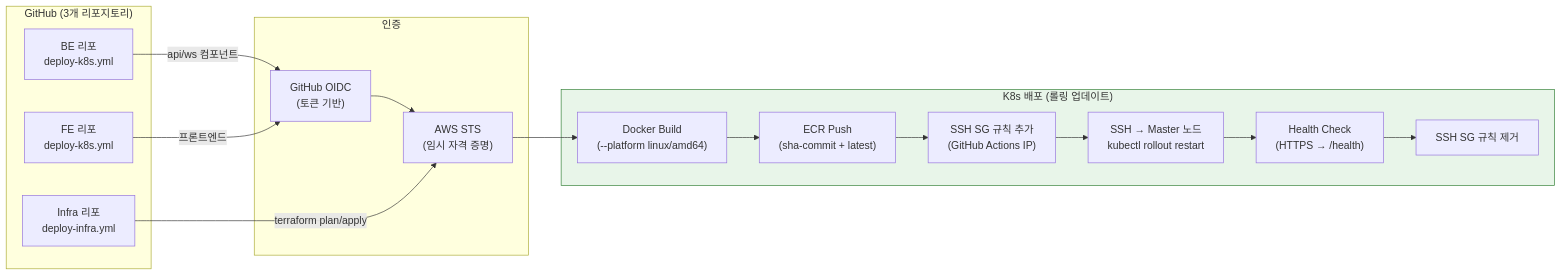
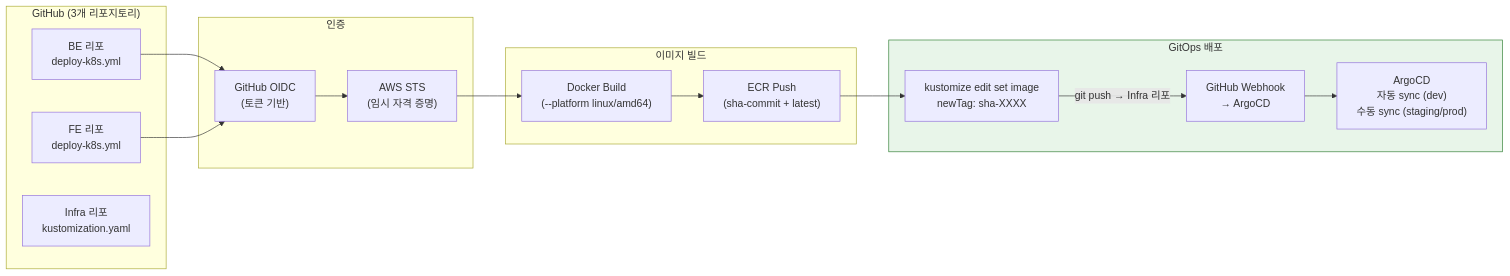
The fifth of 18 diagrams in report.md (revenantonthemission/2-cho-community-be), drawn with Mermaid before and after one commit. The commit also changed other lines of this file, not shown here.

First line of the commit message:
docs: report.md ArgoCD GitOps 반영

````diff
--- a/report.md
+++ b/report.md
@@ -301,36 +309,35 @@
 ```mermaid
 flowchart LR
     subgraph GitHub["GitHub (3개 리포지토리)"]
         BE["BE 리포<br/>deploy-k8s.yml"]
         FE["FE 리포<br/>deploy-k8s.yml"]
-        Infra["Infra 리포<br/>deploy-infra.yml"]
+        Infra["Infra 리포<br/>kustomization.yaml"]
     end
 
     subgraph Auth["인증"]
         OIDC["GitHub OIDC<br/>(토큰 기반)"]
         STS["AWS STS<br/>(임시 자격 증명)"]
     end
 
-    subgraph K8s_Deploy["K8s 배포 (롤링 업데이트)"]
+    subgraph Build["이미지 빌드"]
         Docker["Docker Build<br/>(--platform linux/amd64)"]
         ECR_Push["ECR Push<br/>(sha-commit + latest)"]
-        SG_Open["SSH SG 규칙 추가<br/>(GitHub Actions IP)"]
-        SSH["SSH → Master 노드<br/>kubectl rollout restart"]
-        Health["Health Check<br/>(HTTPS → /health)"]
-        SG_Close["SSH SG 규칙 제거"]
     end
 
-    BE -->|"api/ws 컴포넌트"| OIDC
-    FE -->|"프론트엔드"| OIDC
+    subgraph GitOps["GitOps 배포"]
+        TagCommit["kustomize edit set image<br/>newTag: sha-XXXX"]
+        Webhook["GitHub Webhook<br/>→ ArgoCD"]
+        ArgoCD["ArgoCD<br/>자동 sync (dev)<br/>수동 sync (staging/prod)"]
+    end
+
+    BE --> OIDC
+    FE --> OIDC
     OIDC --> STS
     STS --> Docker
     Docker --> ECR_Push
-    ECR_Push --> SG_Open
-    SG_Open --> SSH
-    SSH --> Health
-    Health --> SG_Close
+    ECR_Push --> TagCommit
+    TagCommit -->|"git push → Infra 리포"| Webhook
+    Webhook --> ArgoCD
 
-    Infra -->|"terraform plan/apply"| STS
-
-    style K8s_Deploy fill:#e8f5e9,stroke:#2e7d32
+    style GitOps fill:#e8f5e9,stroke:#2e7d32
 ```
````
